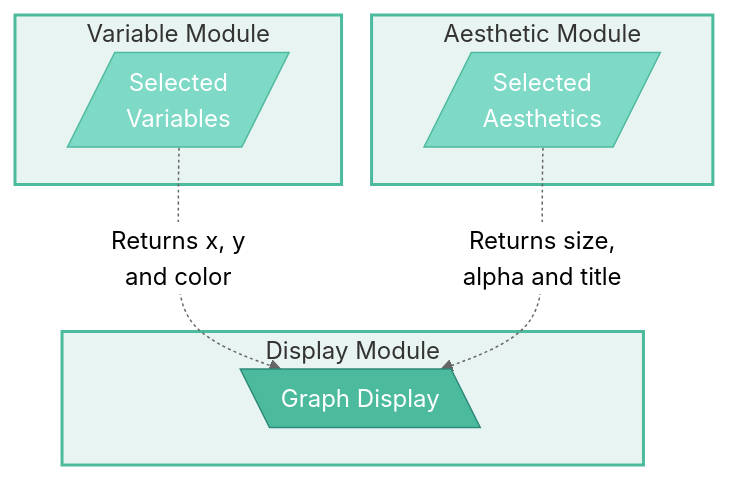
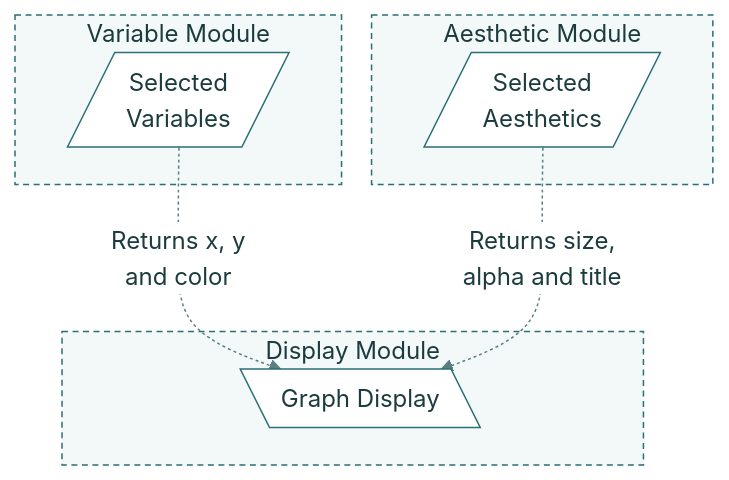
One commit to mjfrigaard/shiny-app-pkgs changed the second of 3 diagrams in test_modules.qmd. Above: the diagram before and after it, drawn with Mermaid. The commit also changed other lines of this file and 22 other files, not shown here.

First line of the commit message:
Standardize mermaid diagrams on the site teal palette

````diff
--- a/test_modules.qmd
+++ b/test_modules.qmd
@@ -192,26 +190,27 @@
 ```{mermaid}
 %%| fig-cap: '*Variable and aesthetic returned values*'
 %%| fig-align: center
-%%{init: {'theme': 'neutral', 'themeVariables': { 'fontFamily': 'monospace', "fontSize":"16px"}}}%%
+%%{init: {'theme': 'base', 'themeVariables': { 'fontFamily': 'monospace', "fontSize":"16px", "primaryColor":"#D7EBEC", "primaryTextColor":"#1B3B3F", "primaryBorderColor":"#2A6F77", "lineColor":"#5A7F83", "edgeLabelBackground":"#FFFFFF", "clusterBkg":"#F3F8F8", "clusterBorder":"#2A6F77", "darkMode":false}}}%%
 flowchart 
     subgraph VarModule["Variable Module"]
         VarInputs[/"Selected<br>Variables"/]
     end
     subgraph AesModule["Aesthetic Module"]
         AesInputs[/"Selected<br>Aesthetics"/]
     end
     subgraph GraphDisplay["Display Module"]
         ScatterDiplay[\"Graph Display"\]
     end
     
     VarInputs -.->|"Returns x, y<br>and color"|ScatterDiplay
     AesInputs -.->|"Returns size, <br>alpha and title"|ScatterDiplay
 
-    style VarModule fill:#e8f4f1,stroke:#4CBB9D,stroke-width:2px
-    style AesModule fill:#e8f4f1,stroke:#4CBB9D,stroke-width:2px
-    style GraphDisplay fill:#e8f4f1,stroke:#4CBB9D,stroke-width:2px
-    style VarInputs fill:#7fd9c7,stroke:#4CBB9D,stroke-width:1px,color:#fff
-    style AesInputs fill:#7fd9c7,stroke:#4CBB9D,stroke-width:1px,color:#fff
-    style ScatterDiplay fill:#4CBB9D,stroke:#2d8a7a,stroke-width:1px,color:#fff
-
+    classDef term fill:#2A6F77,color:#FFFFFF,stroke:#1B4F55,stroke-width:1px
+    classDef step fill:#D7EBEC,color:#1B3B3F,stroke:#2A6F77,stroke-width:1px
+    classDef decision fill:#F4C26B,color:#3D2A00,stroke:#B7832B,stroke-width:1px
+    classDef io fill:#FFFFFF,color:#1B3B3F,stroke:#2A6F77,stroke-width:1px
+    class VarInputs,AesInputs,ScatterDiplay io
+    style VarModule fill:#F3F8F8,color:#1B3B3F,stroke:#2A6F77,stroke-width:1px,stroke-dasharray:4 3
+    style AesModule fill:#F3F8F8,color:#1B3B3F,stroke:#2A6F77,stroke-width:1px,stroke-dasharray:4 3
+    style GraphDisplay fill:#F3F8F8,color:#1B3B3F,stroke:#2A6F77,stroke-width:1px,stroke-dasharray:4 3
 ```
````
